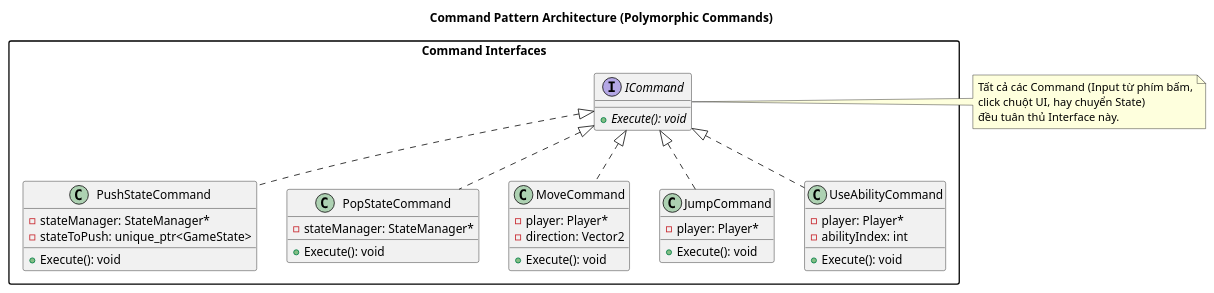
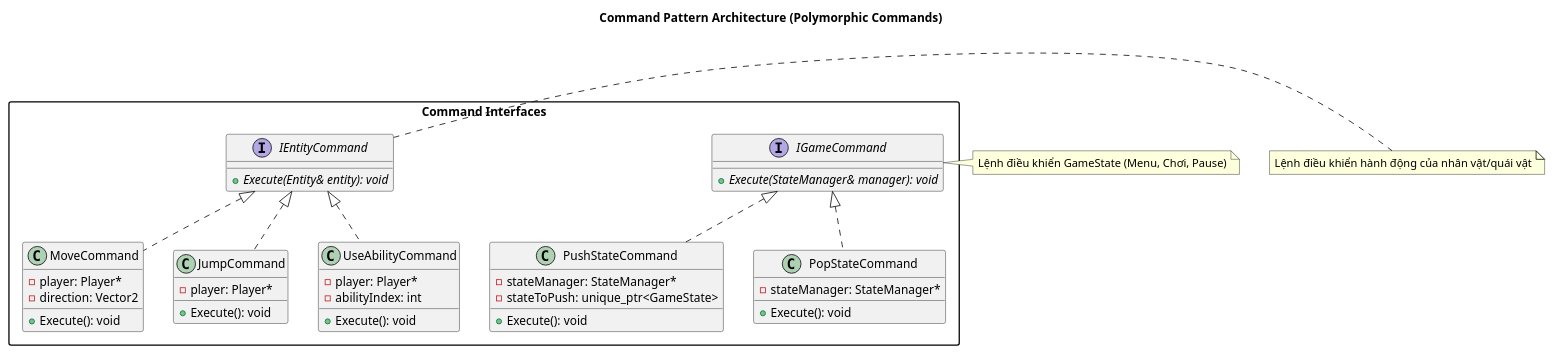
The diagram in workflow/blueprints/command_pattern.puml (ltbinh812/Super_Mario_Plus), drawn with PlantUML before and after one commit. The commit also changed 151 other files, not shown here.

```diff
--- a/workflow/blueprints/command_pattern.puml
+++ b/workflow/blueprints/command_pattern.puml
@@ -1,55 +1,61 @@
 @startuml command_pattern
 
 skinparam packageStyle rectangle
 
 title Command Pattern Architecture (Polymorphic Commands)
 
 package "Command Interfaces" {
-    interface ICommand {
-        + {abstract} Execute(): void
+    interface IGameCommand {
+        + {abstract} Execute(StateManager& manager): void
     }
 
+    interface IEntityCommand {
+        + {abstract} Execute(Entity& entity): void
+    }
     class PushStateCommand {
         - stateManager: StateManager*
         - stateToPush: unique_ptr<GameState>
         + Execute(): void
     }
 
     class PopStateCommand {
         - stateManager: StateManager*
         + Execute(): void
     }
 
     class MoveCommand {
         - player: Player*
         - direction: Vector2
         + Execute(): void
     }
 
     class JumpCommand {
         - player: Player*
         + Execute(): void
     }
 
     class UseAbilityCommand {
         - player: Player*
         - abilityIndex: int
         + Execute(): void
     }
 }
 
-ICommand <|.. PushStateCommand
-ICommand <|.. PopStateCommand
-ICommand <|.. MoveCommand
-ICommand <|.. JumpCommand
-ICommand <|.. UseAbilityCommand
+IGameCommand <|.. PushStateCommand
+IGameCommand <|.. PopStateCommand
 
-note right of ICommand
-  Tất cả các Command (Input từ phím bấm,
-  click chuột UI, hay chuyển State) 
-  đều tuân thủ Interface này.
+IEntityCommand <|.. MoveCommand
+IEntityCommand <|.. JumpCommand
+IEntityCommand <|.. UseAbilityCommand
+
+note right of IGameCommand
+  Lệnh điều khiển GameState (Menu, Chơi, Pause)
+end note
+
+note right of IEntityCommand
+  Lệnh điều khiển hành động của nhân vật/quái vật
 end note
 
 
 
 @enduml
```
